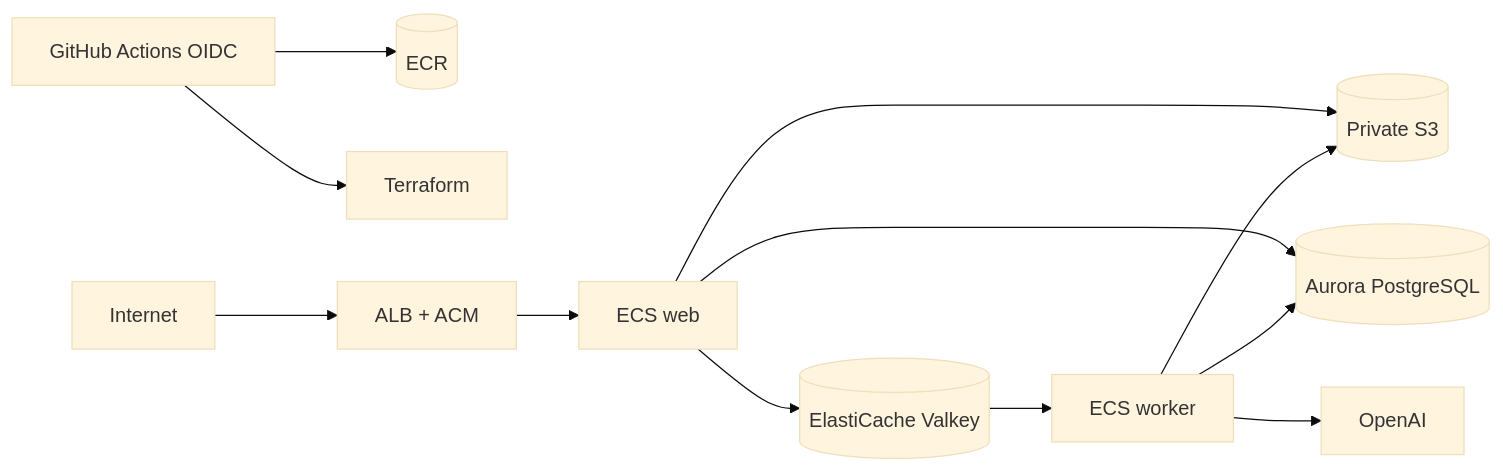
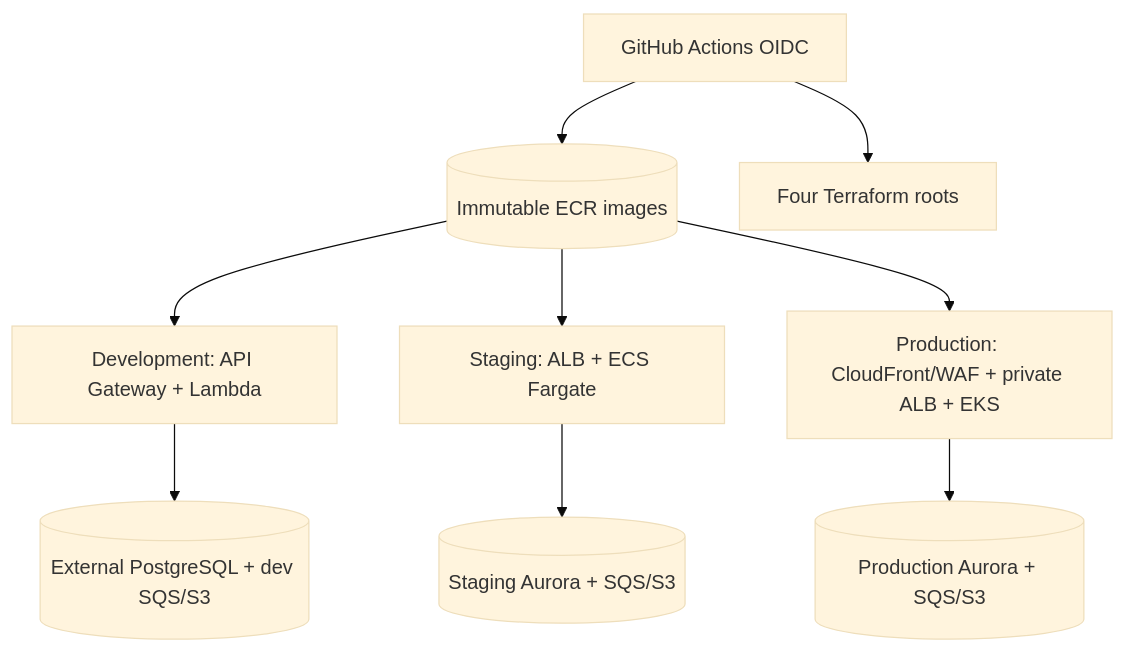
The second of 2 diagrams in docs/ARCHITECTURE.md (jessig1/vinylhound_new), drawn with Mermaid (base theme) before and after one commit. The commit also changed other lines of this file and 67 other files, not shown here.

````diff
--- a/docs/ARCHITECTURE.md
+++ b/docs/ARCHITECTURE.md
@@ -104,14 +111,11 @@
 ```mermaid
-flowchart LR
-  GitHub[GitHub Actions OIDC] --> ECR[(ECR)]
-  GitHub --> Terraform[Terraform]
-  Internet --> ALB[ALB + ACM]
-  ALB --> Web[ECS web]
-  Web --> S3[(Private S3)]
-  Web --> Aurora[(Aurora PostgreSQL)]
-  Web --> Valkey[(ElastiCache Valkey)]
-  Valkey --> Worker[ECS worker]
-  Worker --> S3
-  Worker --> Aurora
-  Worker --> OpenAI
+flowchart TB
+  GitHub[GitHub Actions OIDC] --> ECR[(Immutable ECR images)]
+  GitHub --> Terraform[Four Terraform roots]
+  ECR --> Dev[Development: API Gateway + Lambda]
+  ECR --> Stage[Staging: ALB + ECS Fargate]
+  ECR --> Prod[Production: CloudFront/WAF + private ALB + EKS]
+  Dev --> DevData[(External PostgreSQL + dev SQS/S3)]
+  Stage --> StageData[(Staging Aurora + SQS/S3)]
+  Prod --> ProdData[(Production Aurora + SQS/S3)]
 ```
````
